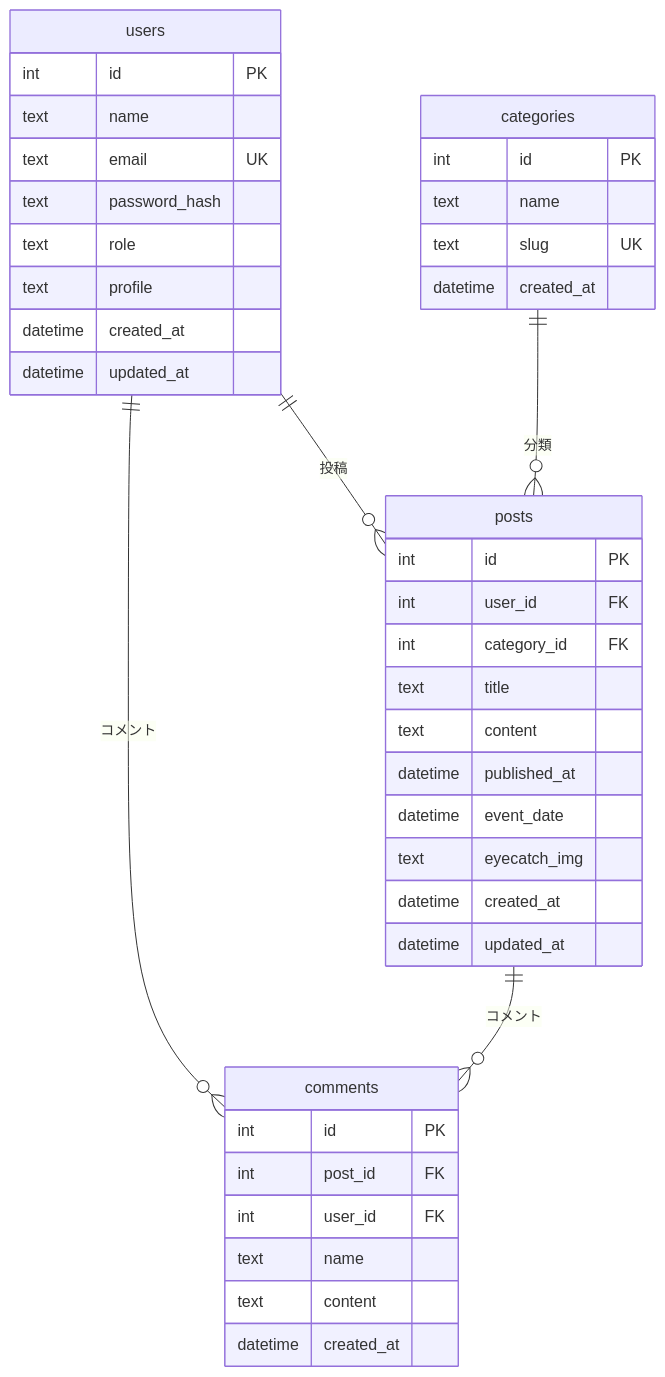
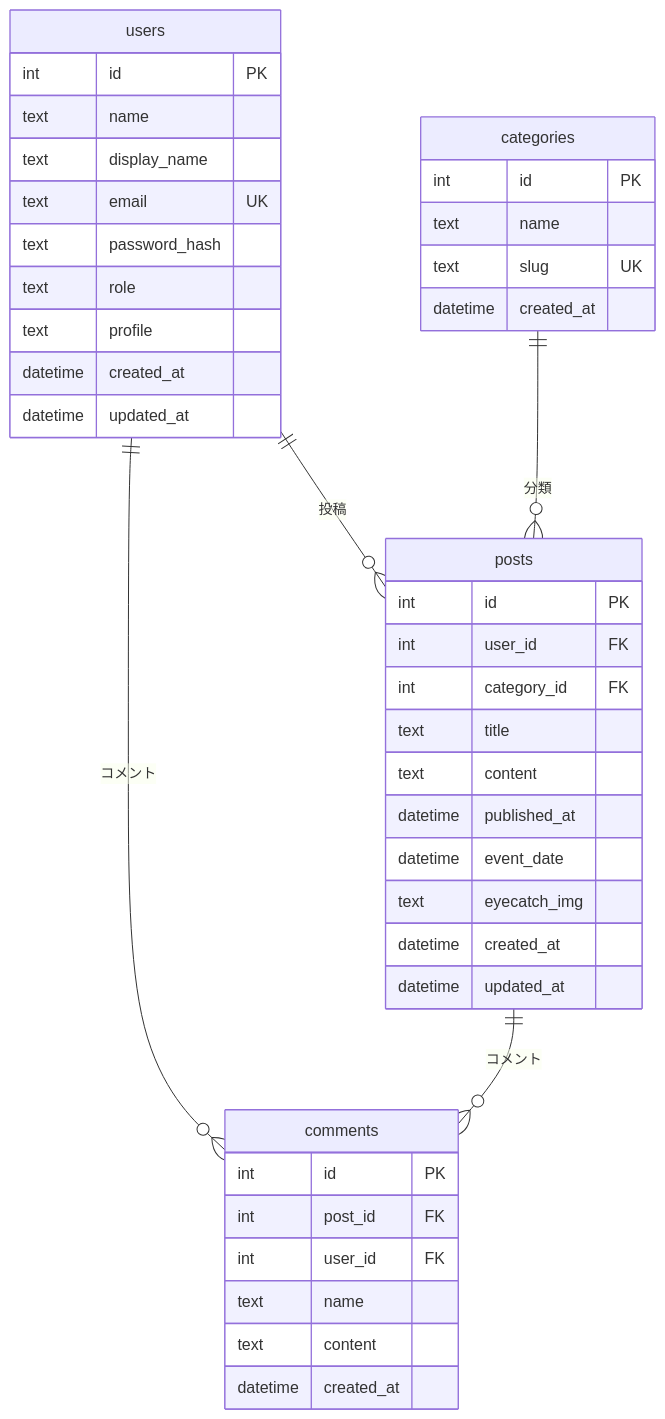
Before and after one commit to yousunabaco-sudo/daytime-team03: the diagram in docs/database/データベース設計.md, drawn with Mermaid. The commit also changed other lines of this file and 12 other files, not shown here.

````diff
--- a/docs/database/データベース設計.md
+++ b/docs/database/データベース設計.md
@@ -18,47 +18,48 @@
 ```mermaid
 erDiagram
     users ||--o{ posts : "投稿"
     users ||--o{ comments : "コメント"
     categories ||--o{ posts : "分類"
     posts ||--o{ comments : "コメント"
 
     users {
         int id PK
         text name
+        text display_name
         text email UK
         text password_hash
         text role
         text profile
         datetime created_at
         datetime updated_at
     }
 
     categories {
         int id PK
         text name
         text slug UK
         datetime created_at
     }
 
     posts {
         int id PK
         int user_id FK
         int category_id FK
         text title
         text content
         datetime published_at
         datetime event_date
         text eyecatch_img
         datetime created_at
         datetime updated_at
     }
 
     comments {
         int id PK
         int post_id FK
         int user_id FK
         text name
         text content
         datetime created_at
     }
 ```
````
